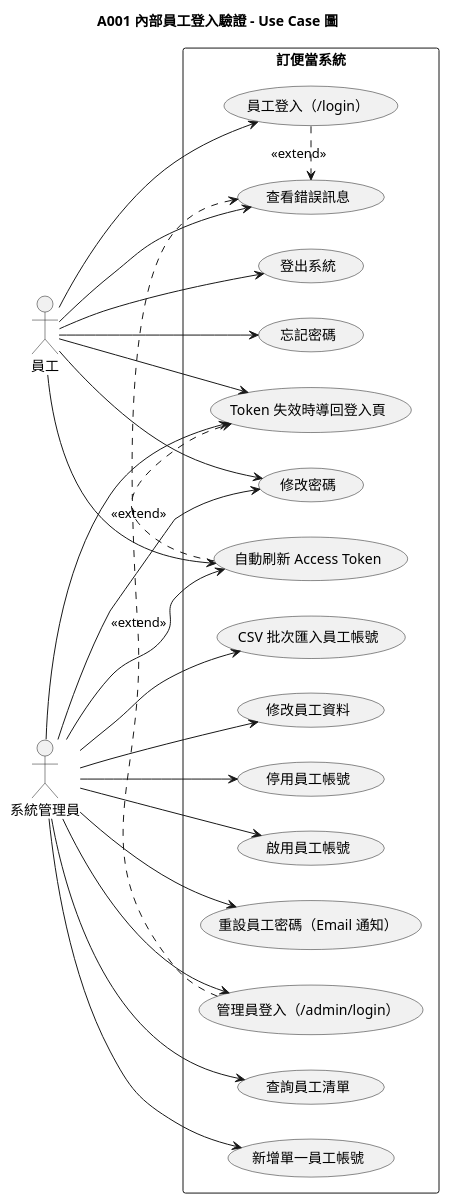
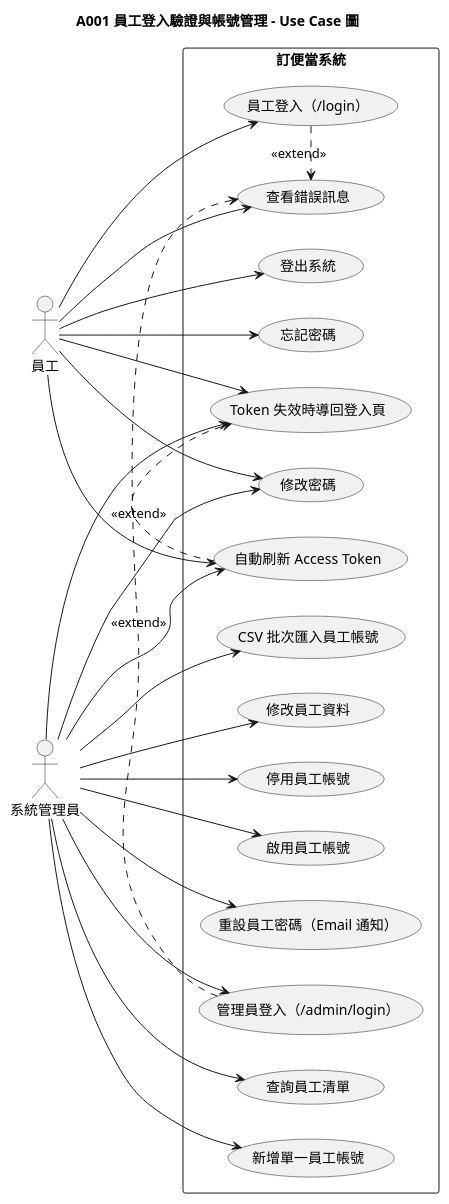
Before and after one commit to teyhawzhe/bento-uml: the diagram in output/A001/A001-usecase.puml, drawn with PlantUML. The commit also changed 30 other files, not shown here.

```diff
--- a/output/A001/A001-usecase.puml
+++ b/output/A001/A001-usecase.puml
@@ -1,51 +1,51 @@
 @startuml A001-usecase
 
 left to right direction
-title A001 內部員工登入驗證 - Use Case 圖
+title A001 員工登入驗證與帳號管理 - Use Case 圖
 
 actor 員工
 actor 系統管理員
 
 rectangle 訂便當系統 {
   usecase "員工登入（/login）" as UC1
   usecase "查看錯誤訊息" as UC2
   usecase "登出系統" as UC3
   usecase "忘記密碼" as UC4
   usecase "修改密碼" as UC5
   usecase "管理員登入（/admin/login）" as UC6
   usecase "查詢員工清單" as UC11
   usecase "新增單一員工帳號" as UC7
   usecase "CSV 批次匯入員工帳號" as UC10
   usecase "修改員工資料" as UC13
   usecase "停用員工帳號" as UC8
   usecase "啟用員工帳號" as UC12
   usecase "重設員工密碼（Email 通知）" as UC9
   usecase "自動刷新 Access Token" as UC14
   usecase "Token 失效時導回登入頁" as UC15
 }
 
 員工 --> UC1
 員工 --> UC2
 員工 --> UC3
 員工 --> UC4
 員工 --> UC5
 員工 --> UC14
 員工 --> UC15
 
 系統管理員 --> UC5
 系統管理員 --> UC6
 系統管理員 --> UC11
 系統管理員 --> UC7
 系統管理員 --> UC10
 系統管理員 --> UC13
 系統管理員 --> UC8
 系統管理員 --> UC12
 系統管理員 --> UC9
 系統管理員 --> UC14
 系統管理員 --> UC15
 
 UC1 .> UC2 : <<extend>>
 UC6 .> UC2 : <<extend>>
 UC14 .> UC15 : <<extend>>
 
 @enduml
```
